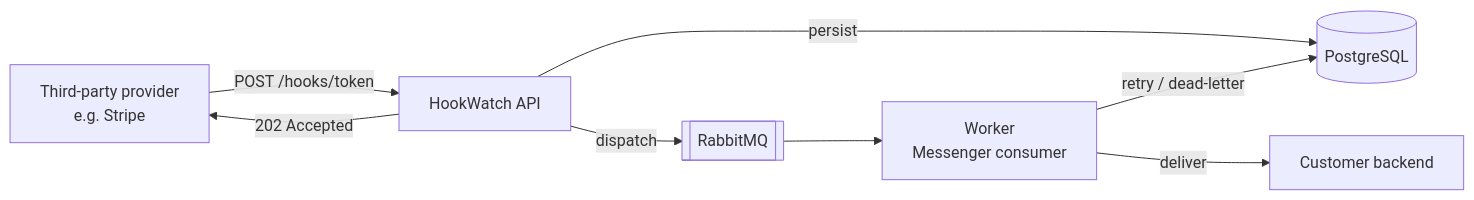
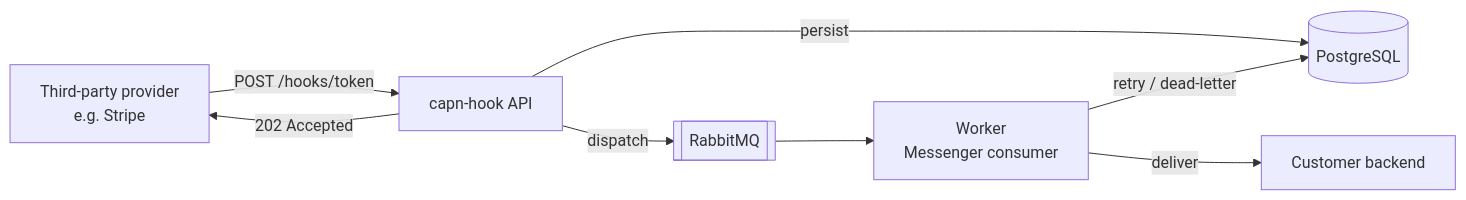
Before and after one commit to francessergi/hook-watch: the first of 2 diagrams in README.md, drawn with Mermaid. The commit also changed other lines of this file and 31 other files, not shown here.

Commit message:
chore: rename HookWatch to capn-hook

````diff
--- a/README.md
+++ b/README.md
@@ -11,10 +11,10 @@
 ```mermaid
 flowchart LR
-    P[Third-party provider<br/>e.g. Stripe] -- POST /hooks/token --> H[HookWatch API]
+    P[Third-party provider<br/>e.g. Stripe] -- POST /hooks/token --> H[capn-hook API]
     H -- 202 Accepted --> P
     H -- persist --> DB[(PostgreSQL)]
     H -- dispatch --> Q[[RabbitMQ]]
     Q --> W[Worker<br/>Messenger consumer]
     W -- deliver --> C[Customer backend]
     W -- retry / dead-letter --> DB
 ```
````
